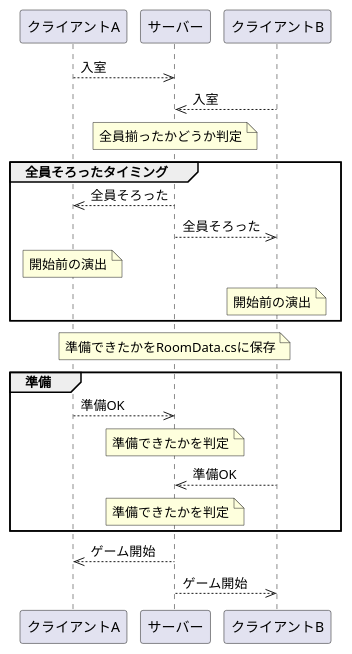
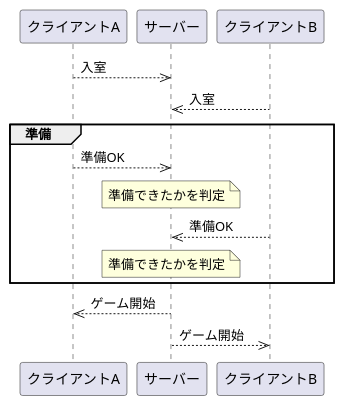
The diagram in Document/GameFlow.puml (yuutotakamiya/realtime-game), drawn with PlantUML before and after one commit. The commit also changed 15 other files, not shown here.

```diff
--- a/Document/GameFlow.puml
+++ b/Document/GameFlow.puml
@@ -1,32 +1,21 @@
 @startuml
 'https://plantuml.com/sequence-diagram
 /'入室からゲーム開始までの流れ'/
 
 participant クライアントA
 participant サーバー
 participant クライアントB
 
 クライアントA-->>サーバー:入室
 クライアントB-->>サーバー:入室
 
-note over サーバー:全員揃ったかどうか判定
-
-group 全員そろったタイミング
-サーバー-->>クライアントA:全員そろった
-サーバー-->>クライアントB:全員そろった
-note over クライアントA:開始前の演出
-note over クライアントB:開始前の演出
-end group
-
-note over サーバー:準備できたかをRoomData.csに保存
-
 group 準備
 クライアントA-->>サーバー:準備OK
 note over サーバー:準備できたかを判定
 クライアントB-->>サーバー:準備OK
 note over サーバー:準備できたかを判定
 end group
 
 サーバー-->>クライアントA:ゲーム開始
 サーバー-->>クライアントB:ゲーム開始
 @enduml
```
